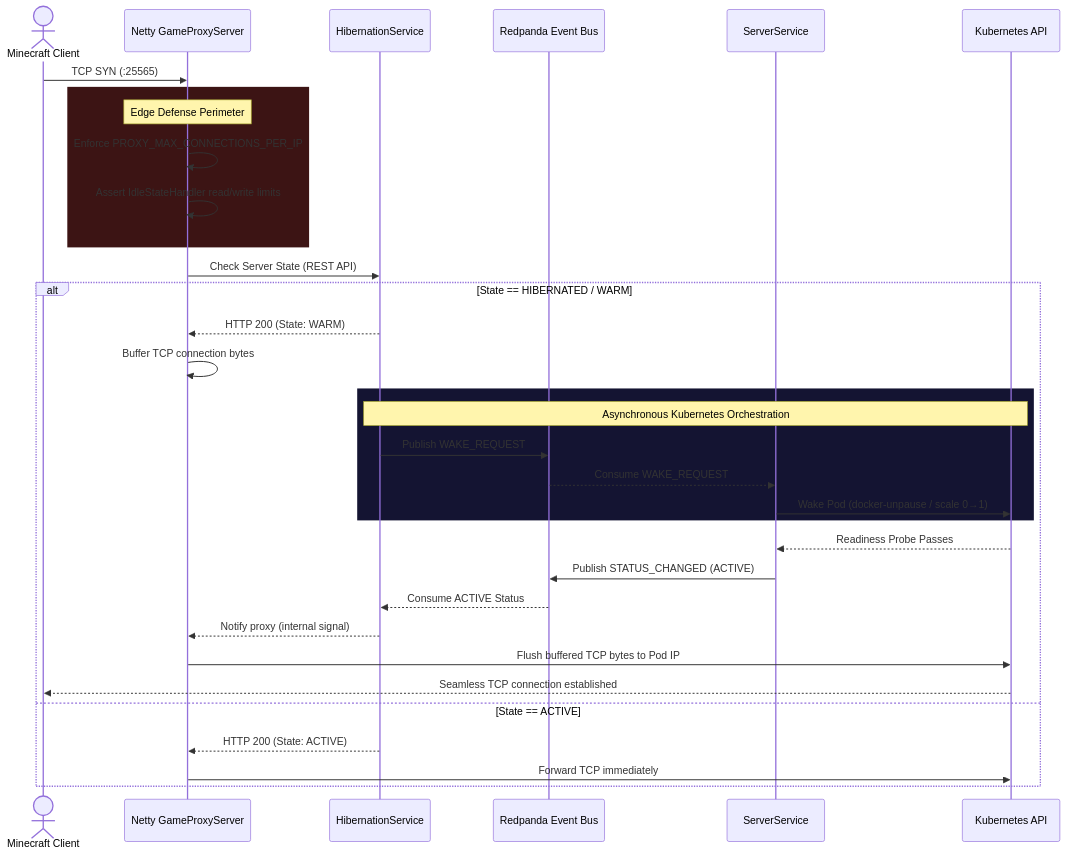
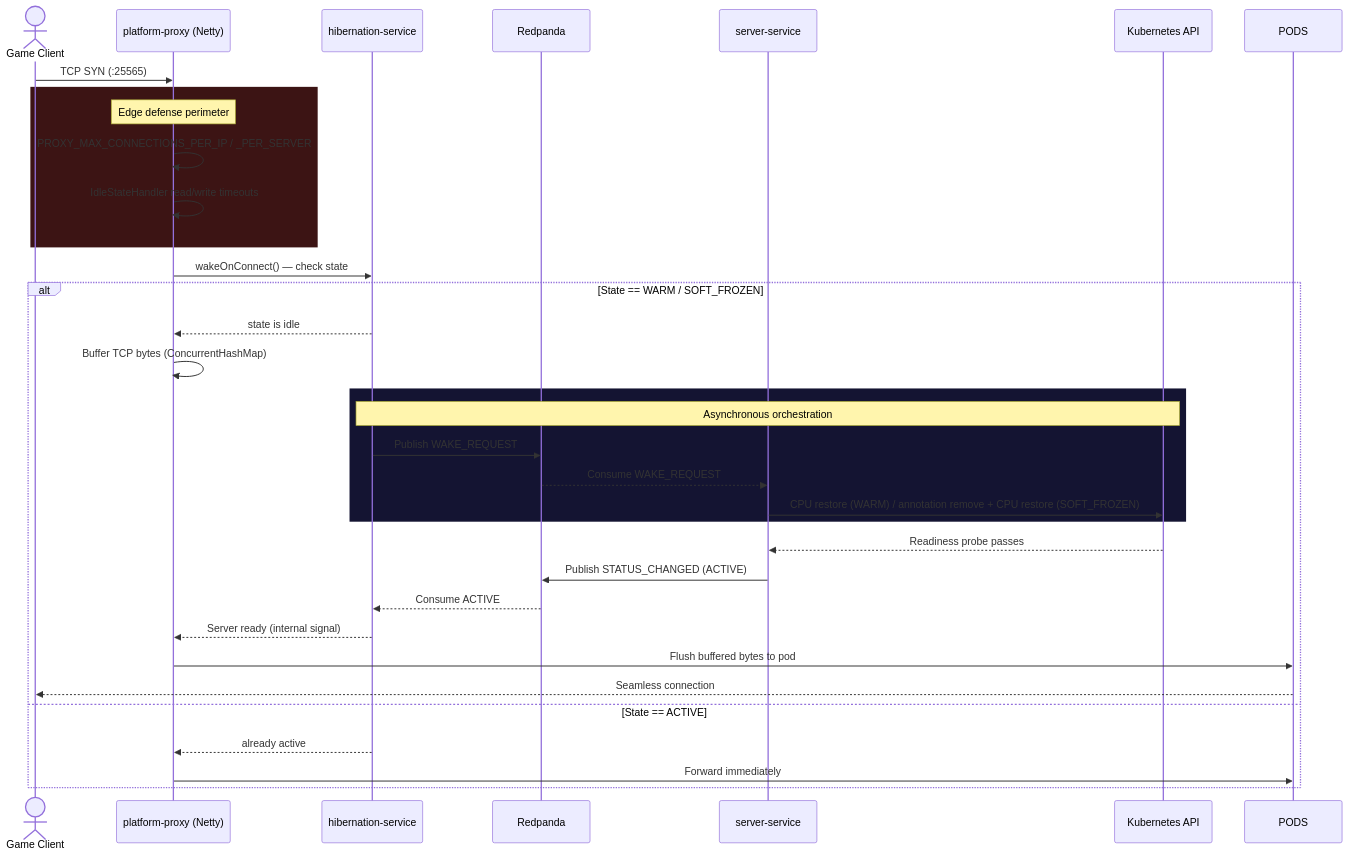
Before and after one commit to WhitehatD/MetricHost: the second of 6 diagrams in README.md, drawn with Mermaid. The commit also changed other lines of this file and 3 other files, not shown here.

````diff
--- a/README.md
+++ b/README.md
@@ -206,43 +197,42 @@
 ```mermaid
 sequenceDiagram
-    actor Player as Minecraft Client
-    participant Proxy as Netty GameProxyServer
-    participant Hiber as HibernationService
-    participant Kafka as Redpanda Event Bus
-    participant Srv as ServerService
+    actor Player as Game Client
+    participant Proxy as platform-proxy (Netty)
+    participant Hiber as hibernation-service
+    participant Kafka as Redpanda
+    participant Srv as server-service
     participant K8s as Kubernetes API
 
     Player->>Proxy: TCP SYN (:25565)
 
     rect rgb(60, 20, 20)
-        Note over Proxy: Edge Defense Perimeter
-        Proxy->>Proxy: Enforce PROXY_MAX_CONNECTIONS_PER_IP
-        Proxy->>Proxy: Assert IdleStateHandler read/write limits
+        Note over Proxy: Edge defense perimeter
+        Proxy->>Proxy: PROXY_MAX_CONNECTIONS_PER_IP / _PER_SERVER
+        Proxy->>Proxy: IdleStateHandler read/write timeouts
     end
 
-    Proxy->>Hiber: Check Server State (REST API)
+    Proxy->>Hiber: wakeOnConnect() — check state
 
-    alt State == HIBERNATED / WARM
-        Hiber-->>Proxy: HTTP 200 (State: WARM)
-        Proxy->>Proxy: Buffer TCP connection bytes
+    alt State == WARM / SOFT_FROZEN
+        Hiber-->>Proxy: state is idle
+        Proxy->>Proxy: Buffer TCP bytes (ConcurrentHashMap)
 
         rect rgb(20, 20, 50)
-            Note over Hiber,K8s: Asynchronous Kubernetes Orchestration
+            Note over Hiber,K8s: Asynchronous orchestration
             Hiber->>Kafka: Publish WAKE_REQUEST
             Kafka-->>Srv: Consume WAKE_REQUEST
-            Srv->>K8s: Wake Pod (docker-unpause / scale 0→1)
+            Srv->>K8s: CPU restore (WARM) / annotation remove + CPU restore (SOFT_FROZEN)
         end
 
-        K8s-->>Srv: Readiness Probe Passes
+        K8s-->>Srv: Readiness probe passes
         Srv->>Kafka: Publish STATUS_CHANGED (ACTIVE)
-        Kafka-->>Hiber: Consume ACTIVE Status
-
-        Hiber-->>Proxy: Notify proxy (internal signal)
-        Proxy->>K8s: Flush buffered TCP bytes to Pod IP
-        K8s-->>Player: Seamless TCP connection established
+        Kafka-->>Hiber: Consume ACTIVE
+        Hiber-->>Proxy: Server ready (internal signal)
+        Proxy->>PODS: Flush buffered bytes to pod
+        PODS-->>Player: Seamless connection
 
     else State == ACTIVE
-        Hiber-->>Proxy: HTTP 200 (State: ACTIVE)
-        Proxy->>K8s: Forward TCP immediately
+        Hiber-->>Proxy: already active
+        Proxy->>PODS: Forward immediately
     end
 ```
````
